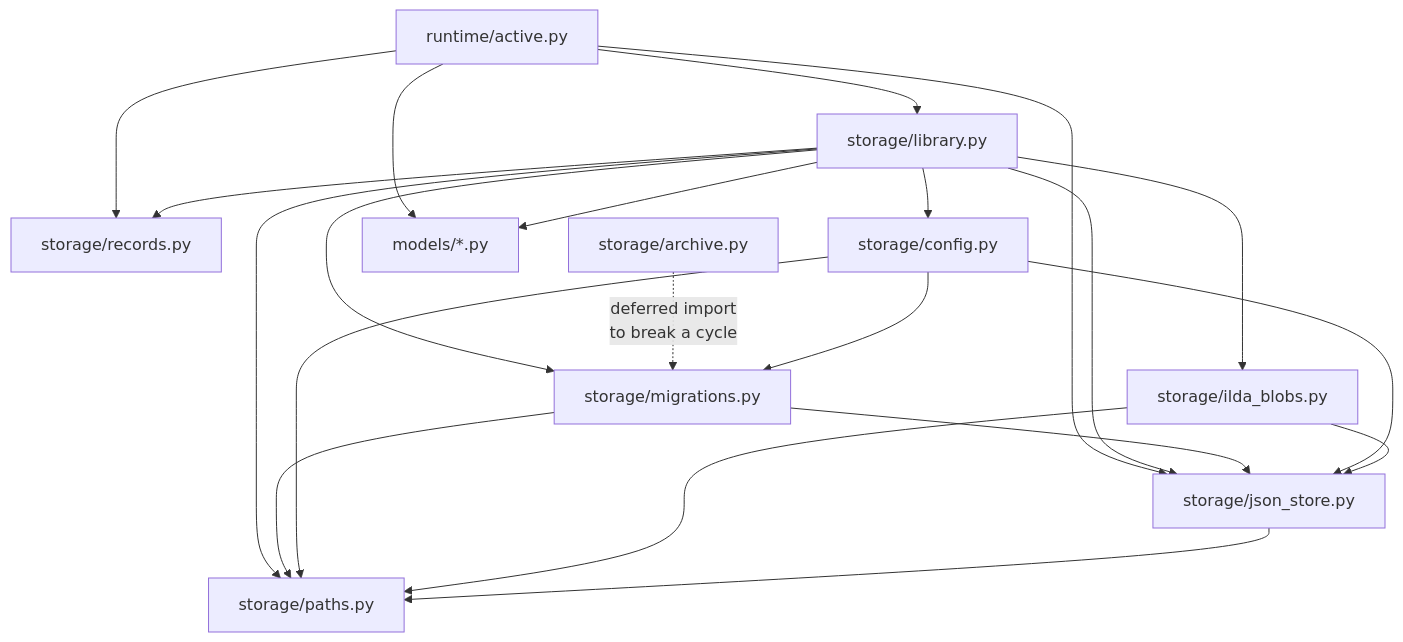
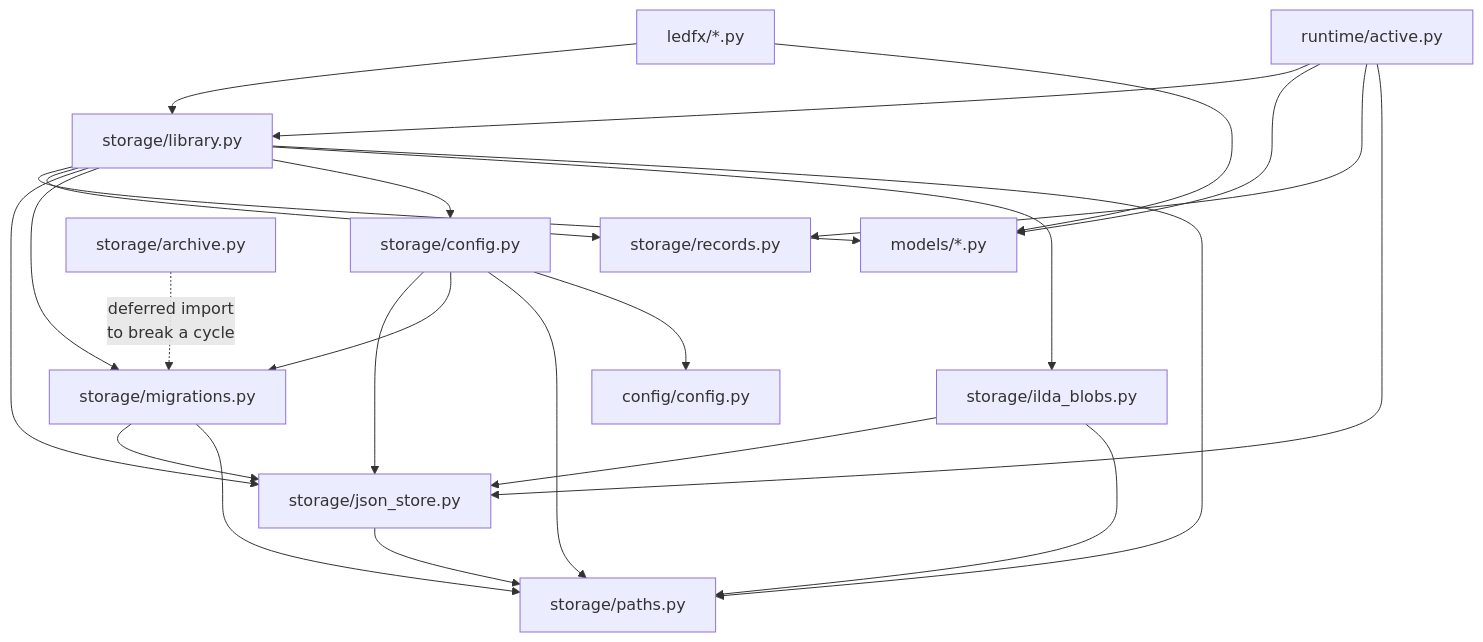
One commit to glane339/lightsappnew changed the first of 10 diagrams in docs/architecture.md. Above: the diagram before and after it, drawn with Mermaid. The commit also changed other lines of this file and 26 other files, not shown here.

Commit message:
Major architectural bug fix. WLED_Preset_List now in preset instead of wled_preset (mistake earlier). Updated storage routes, and testing for storage. Updated documentaiton.

````diff
--- a/docs/architecture.md
+++ b/docs/architecture.md
@@ -68,34 +76,39 @@
 ```mermaid
 flowchart TD
     active["runtime/active.py"]
+    ledfx["ledfx/*.py"]
     library["storage/library.py"]
     records["storage/records.py"]
     jsonstore["storage/json_store.py"]
     paths["storage/paths.py"]
     migrations["storage/migrations.py"]
     cfg["storage/config.py"]
+    devcfg["config/config.py"]
     blobs["storage/ilda_blobs.py"]
     archive["storage/archive.py"]
     models["models/*.py"]
 
+    ledfx --> library
+    ledfx --> models
     active --> library
     active --> models
     active --> records
     active --> jsonstore
     library --> models
     library --> records
     library --> jsonstore
     library --> migrations
     library --> cfg
     library --> blobs
     library --> paths
     archive -.->|"deferred import<br/>to break a cycle"| migrations
     migrations --> jsonstore
     migrations --> paths
     cfg --> jsonstore
     cfg --> migrations
     cfg --> paths
+    cfg --> devcfg
     blobs --> jsonstore
     blobs --> paths
     jsonstore --> paths
 ```
````
